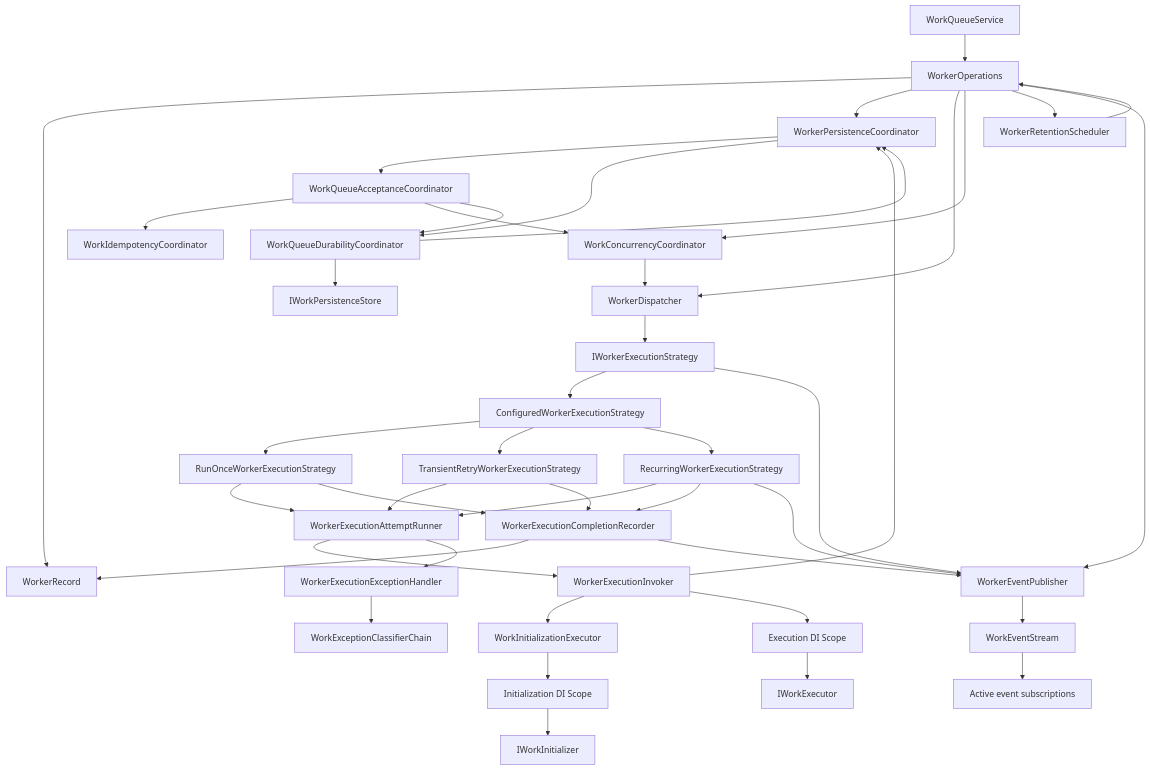
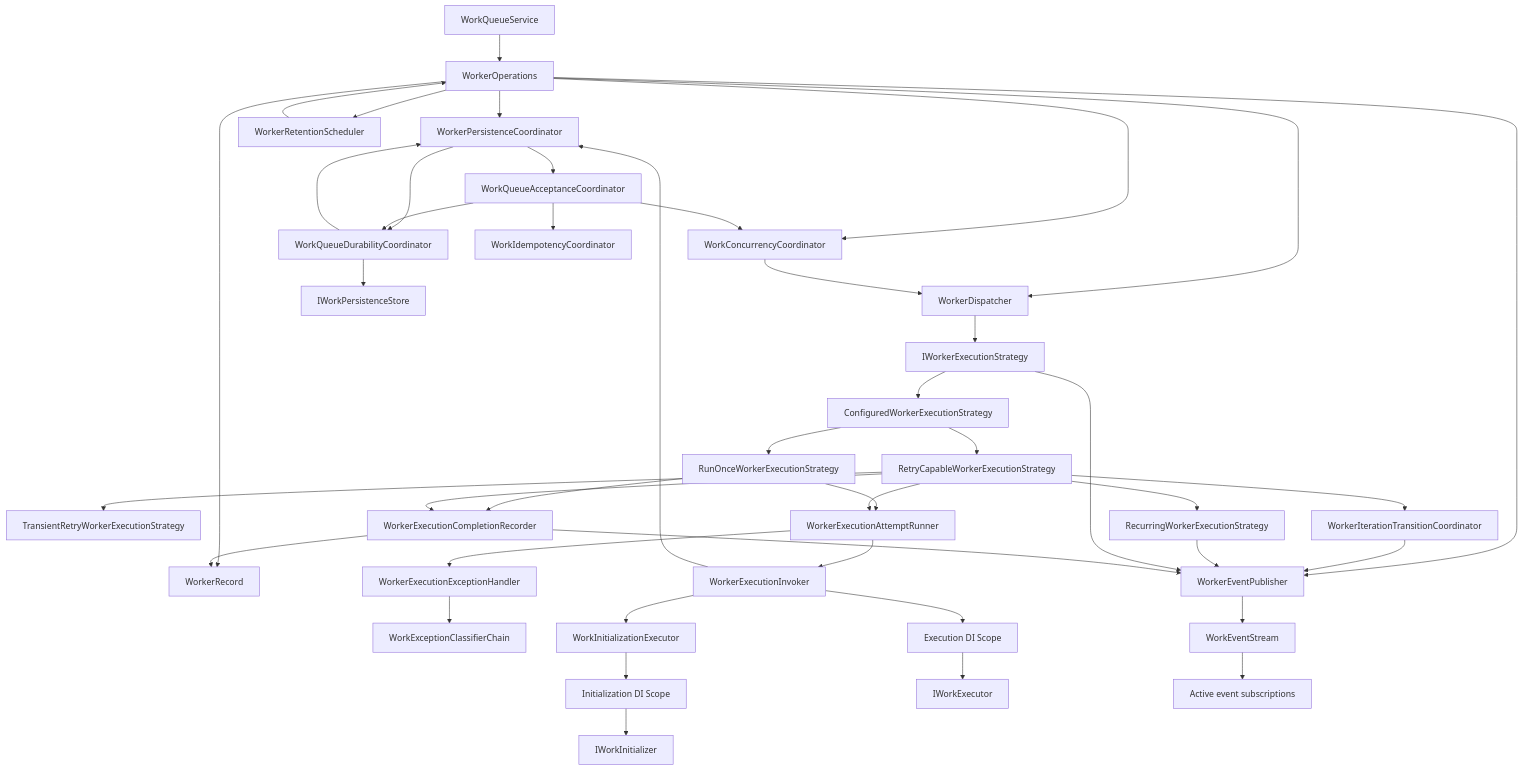
The first of 4 diagrams in docs/concepts/execution-engine.md (aliendomain/workable), drawn with Mermaid before and after one commit. The commit also changed other lines of this file and 35 other files, not shown here.

````diff
--- a/docs/concepts/execution-engine.md
+++ b/docs/concepts/execution-engine.md
@@ -7,45 +7,46 @@
 ```mermaid
 flowchart TD
     Queue["WorkQueueService"] --> Ops["WorkerOperations"]
     Ops --> Record["WorkerRecord"]
     Ops --> Persistence["WorkerPersistenceCoordinator"]
     Ops --> Dispatcher["WorkerDispatcher"]
     Ops --> Concurrency["WorkConcurrencyCoordinator"]
     Ops --> Retention["WorkerRetentionScheduler"]
     Ops --> Publisher["WorkerEventPublisher"]
     Persistence --> Acceptance["WorkQueueAcceptanceCoordinator"]
     Persistence --> Durability["WorkQueueDurabilityCoordinator"]
     Acceptance --> Idempotency["WorkIdempotencyCoordinator"]
     Acceptance --> Concurrency
     Acceptance --> Durability
     Durability --> Store["IWorkPersistenceStore"]
     Durability --> Persistence
     Dispatcher --> Strategy["IWorkerExecutionStrategy"]
     Strategy --> Selector["ConfiguredWorkerExecutionStrategy"]
     Selector --> RunOnce["RunOnceWorkerExecutionStrategy"]
-    Selector --> Retry["TransientRetryWorkerExecutionStrategy"]
-    Selector --> Recurring["RecurringWorkerExecutionStrategy"]
+    Selector --> RetryBase["RetryCapableWorkerExecutionStrategy"]
+    RetryBase --> Retry["TransientRetryWorkerExecutionStrategy"]
+    RetryBase --> Recurring["RecurringWorkerExecutionStrategy"]
     RunOnce --> Attempt["WorkerExecutionAttemptRunner"]
-    Retry --> Attempt
-    Recurring --> Attempt
+    RetryBase --> Attempt
     Attempt --> Invoker["WorkerExecutionInvoker"]
     Attempt --> ExceptionHandler["WorkerExecutionExceptionHandler"]
     ExceptionHandler --> Classifier["WorkExceptionClassifierChain"]
     RunOnce --> Completion["WorkerExecutionCompletionRecorder"]
-    Retry --> Completion
-    Recurring --> Completion
+    RetryBase --> Completion
+    RetryBase --> IterationTransitions["WorkerIterationTransitionCoordinator"]
+    IterationTransitions --> Publisher
     Recurring --> Publisher
     Invoker --> Initialization["WorkInitializationExecutor"]
     Initialization --> InitScope["Initialization DI Scope"]
     Invoker --> ExecScope["Execution DI Scope"]
     Invoker --> Persistence
     InitScope --> Initializer["IWorkInitializer"]
     ExecScope --> Executor["IWorkExecutor"]
     Strategy --> Publisher
     Completion --> Record
     Completion --> Publisher
     Publisher --> Events["WorkEventStream"]
     Events --> Subscriptions["Active event subscriptions"]
     Retention --> Ops
     Concurrency --> Dispatcher
 ```
````
